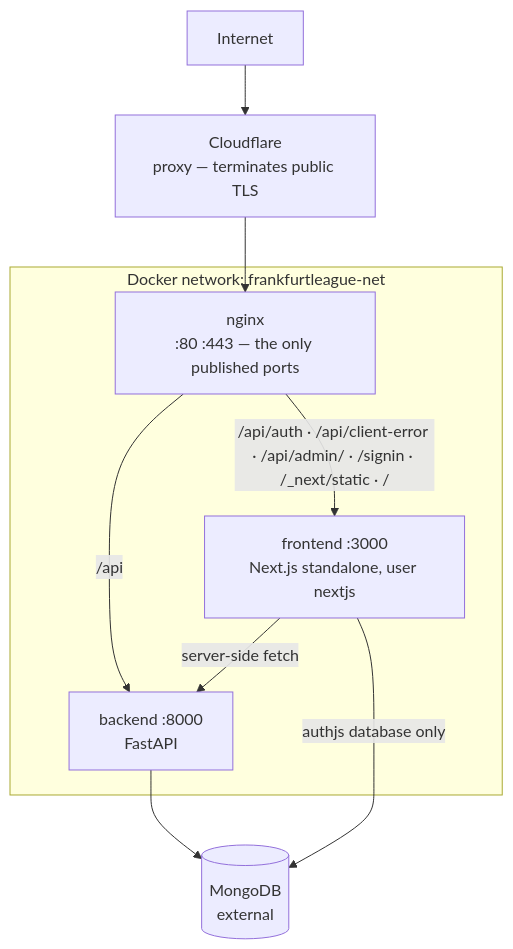
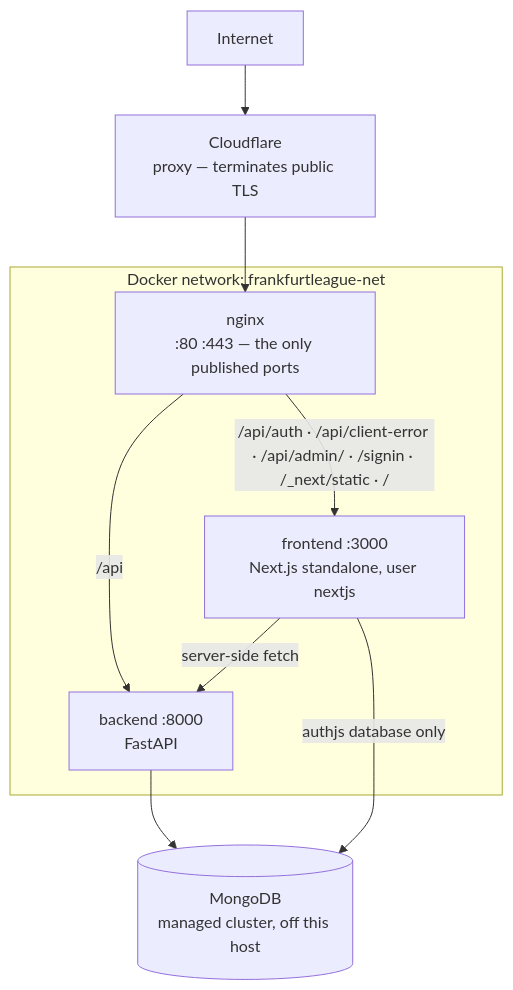
Before and after one commit to felzab/frankfurtleague: the diagram in docs/ops/overview.md, drawn with Mermaid. The commit also changed other lines of this file and 8 other files, not shown here.

````diff
--- a/docs/ops/overview.md
+++ b/docs/ops/overview.md
@@ -15,21 +15,21 @@
 ```mermaid
 graph TB
     internet["Internet"]
     cf["Cloudflare<br/>proxy — terminates public TLS"]
 
     subgraph net["Docker network: frankfurtleague-net"]
         nginx["nginx<br/>:80 :443 — the only published ports"]
         fe["frontend :3000<br/>Next.js standalone, user nextjs"]
         be["backend :8000<br/>FastAPI"]
     end
 
-    mongo[("MongoDB<br/>external")]
+    mongo[("MongoDB<br/>managed cluster, off this host")]
 
     internet --> cf
     cf --> nginx
     nginx -->|"/api"| be
     nginx -->|"/api/auth · /api/client-error · /api/admin/ · /signin · /_next/static · /"| fe
     fe -->|"server-side fetch"| be
     fe -->|"authjs database only"| mongo
     be --> mongo
 ```
````
